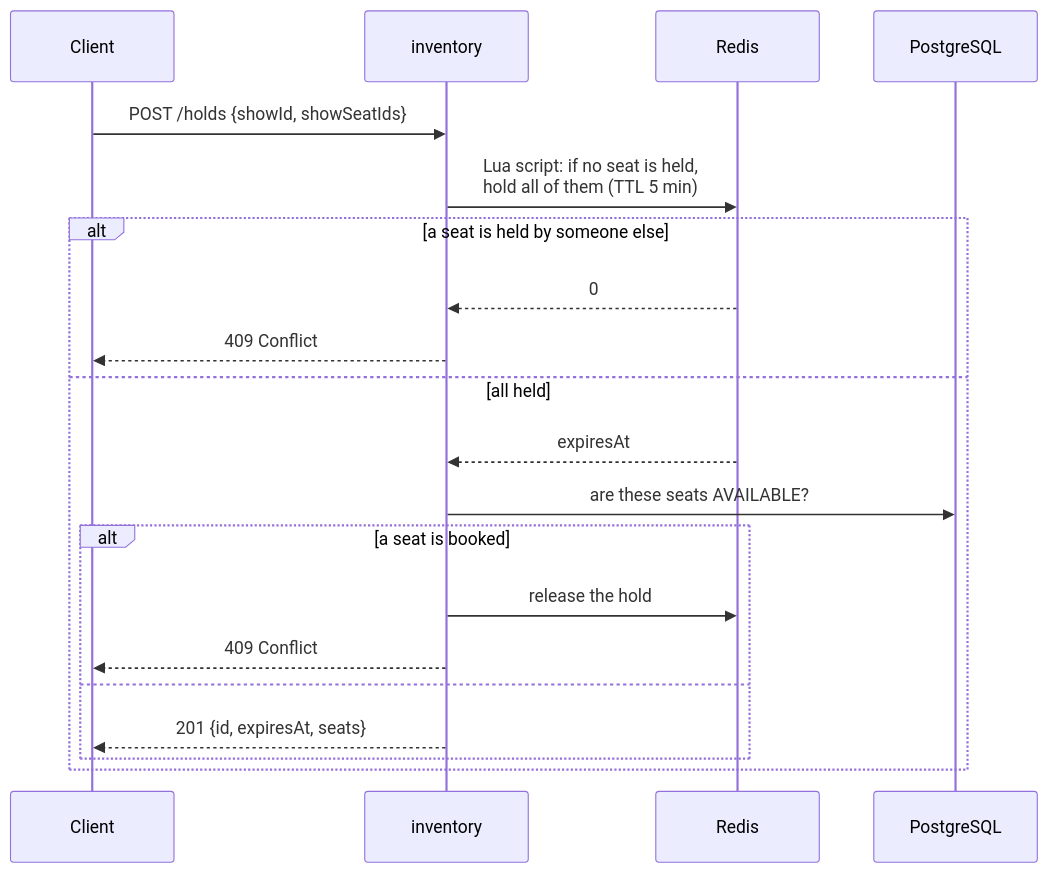
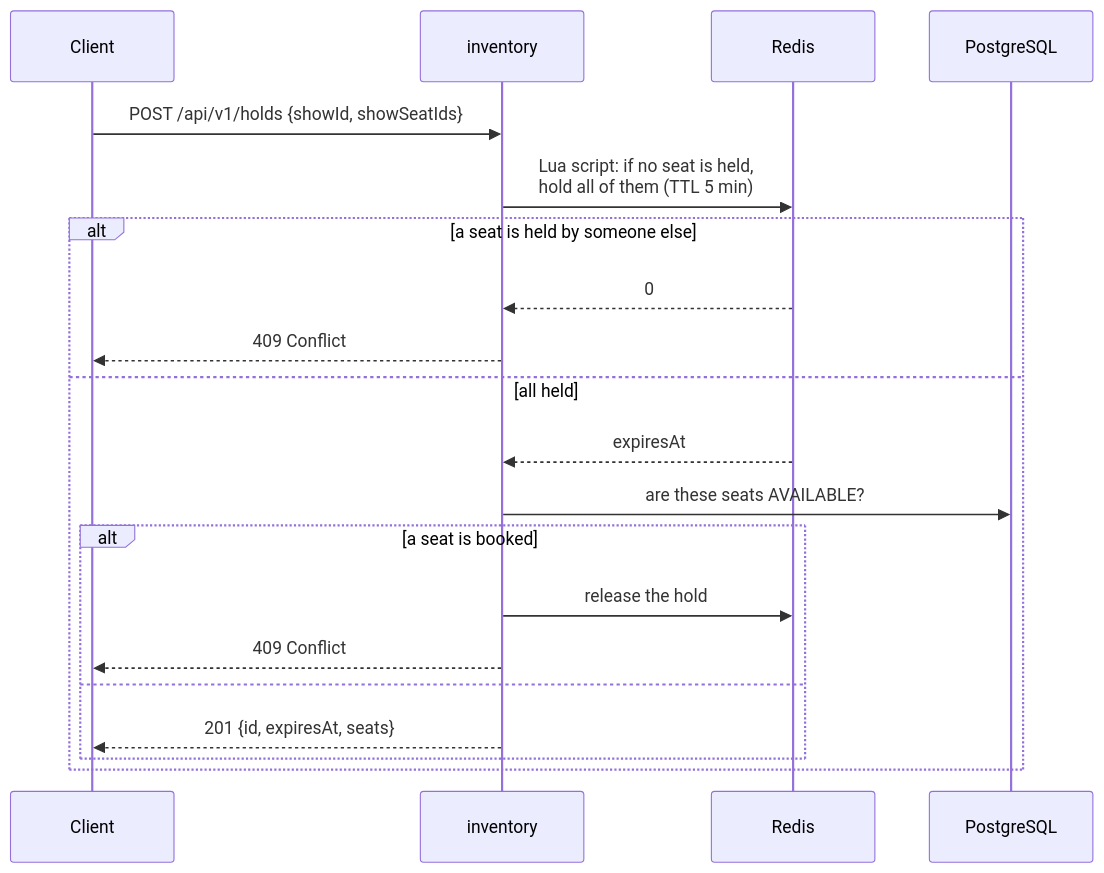
Before and after one commit to GopiSVDev/seat-lock: the second of 4 diagrams in README.md, drawn with Mermaid. The commit also changed other lines of this file and 26 other files, not shown here.

````diff
--- a/README.md
+++ b/README.md
@@ -277,22 +277,22 @@
 ```mermaid
 sequenceDiagram
     participant C as Client
     participant I as inventory
     participant R as Redis
     participant DB as PostgreSQL
-    C->>I: POST /holds {showId, showSeatIds}
+    C->>I: POST /api/v1/holds {showId, showSeatIds}
     I->>R: Lua script: if no seat is held,<br/>hold all of them (TTL 5 min)
     alt a seat is held by someone else
         R-->>I: 0
         I-->>C: 409 Conflict
     else all held
         R-->>I: expiresAt
         I->>DB: are these seats AVAILABLE?
         alt a seat is booked
             I->>R: release the hold
             I-->>C: 409 Conflict
         else
             I-->>C: 201 {id, expiresAt, seats}
         end
     end
 ```
````
